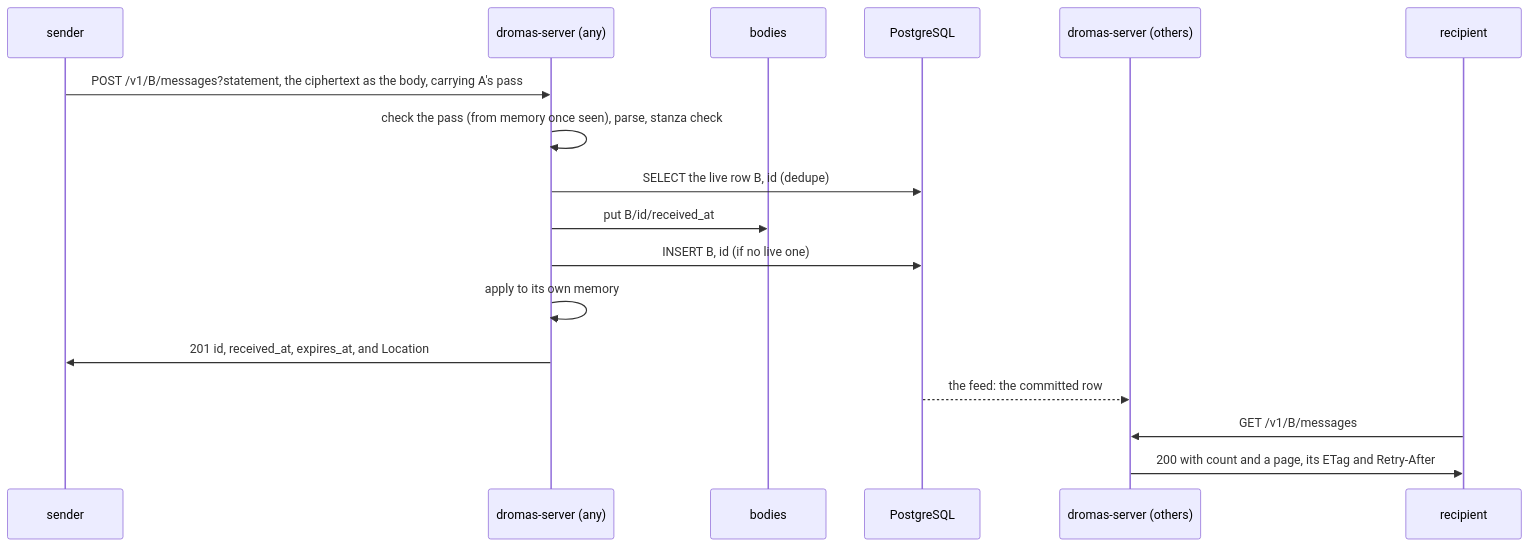
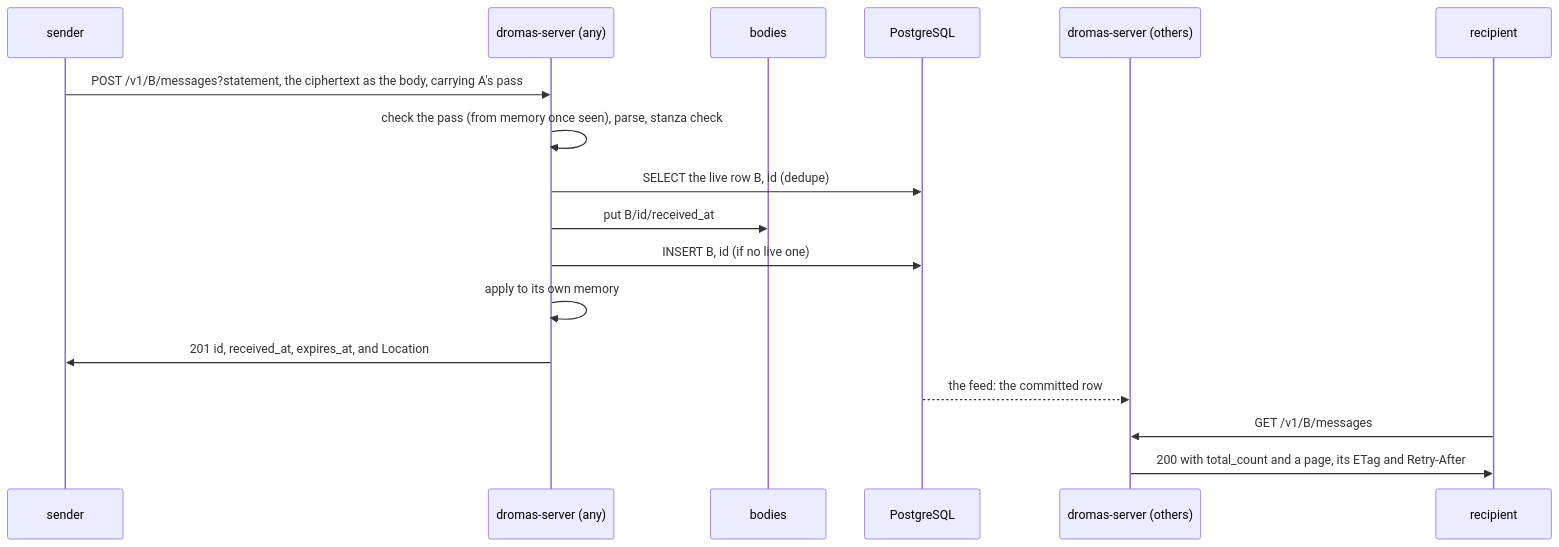
The second of 2 diagrams in ARCHITECTURE.md (dromas-dev/dromas-server), drawn with Mermaid before and after one commit. The commit also changed other lines of this file and 21 other files, not shown here.

First line of the commit message:
Words: the design rule, SECURITY.md's claims, ARCHITECTURE.md's facts; interop by code; a release from a push's snapshot (#963 items 19-27, 31-33, 39, 41, 44-46) (#351)

````diff
--- a/ARCHITECTURE.md
+++ b/ARCHITECTURE.md
@@ -178,19 +178,19 @@
 ```mermaid
 sequenceDiagram
   participant A as sender
   participant P1 as dromas-server (any)
   participant S3 as bodies
   participant D as PostgreSQL
   participant P2 as dromas-server (others)
   participant B as recipient
   A->>P1: POST /v1/B/messages?statement, the ciphertext as the body, carrying A's pass
   P1->>P1: check the pass (from memory once seen), parse, stanza check
   P1->>D: SELECT the live row B, id (dedupe)
   P1->>S3: put B/id/received_at
   P1->>D: INSERT B, id (if no live one)
   P1->>P1: apply to its own memory
   P1->>A: 201 id, received_at, expires_at, and Location
   D-->>P2: the feed: the committed row
   B->>P2: GET /v1/B/messages
-  P2->>B: 200 with count and a page, its ETag and Retry-After
+  P2->>B: 200 with total_count and a page, its ETag and Retry-After
 ```
````
